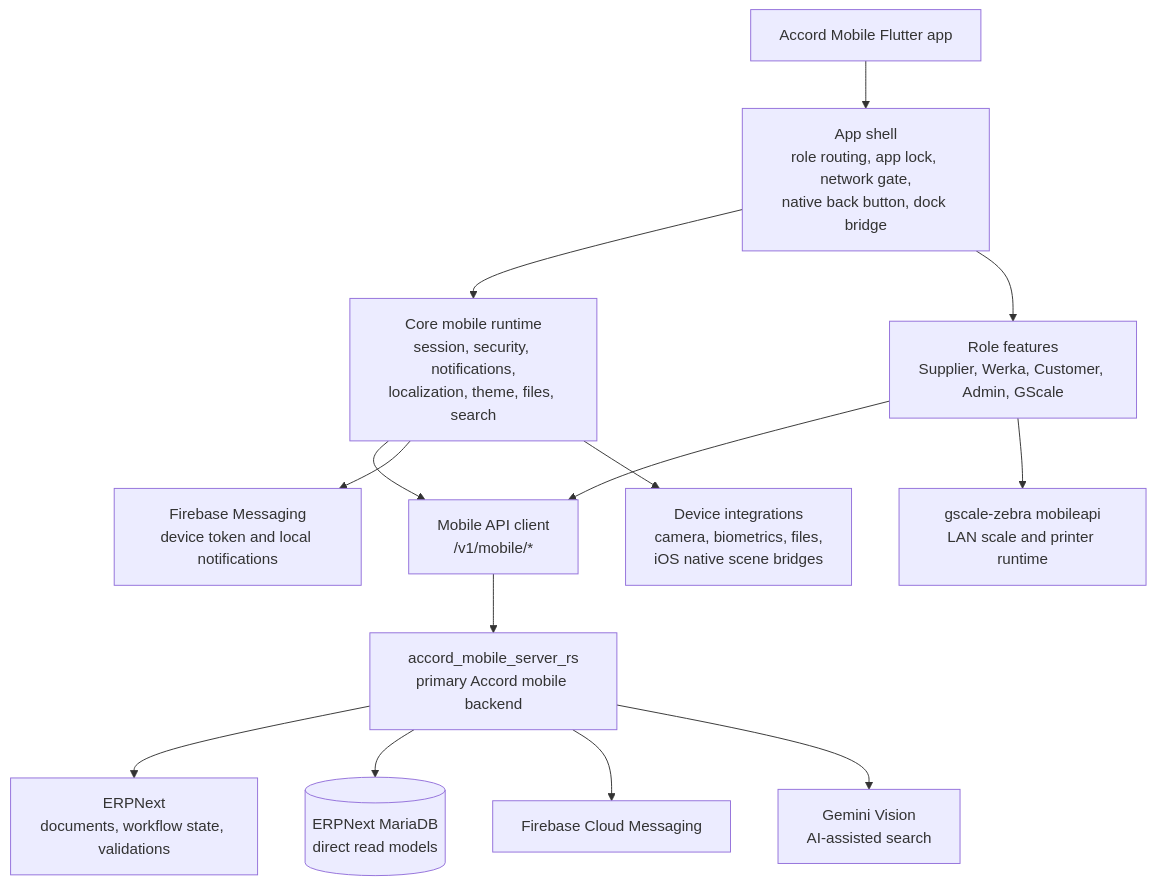
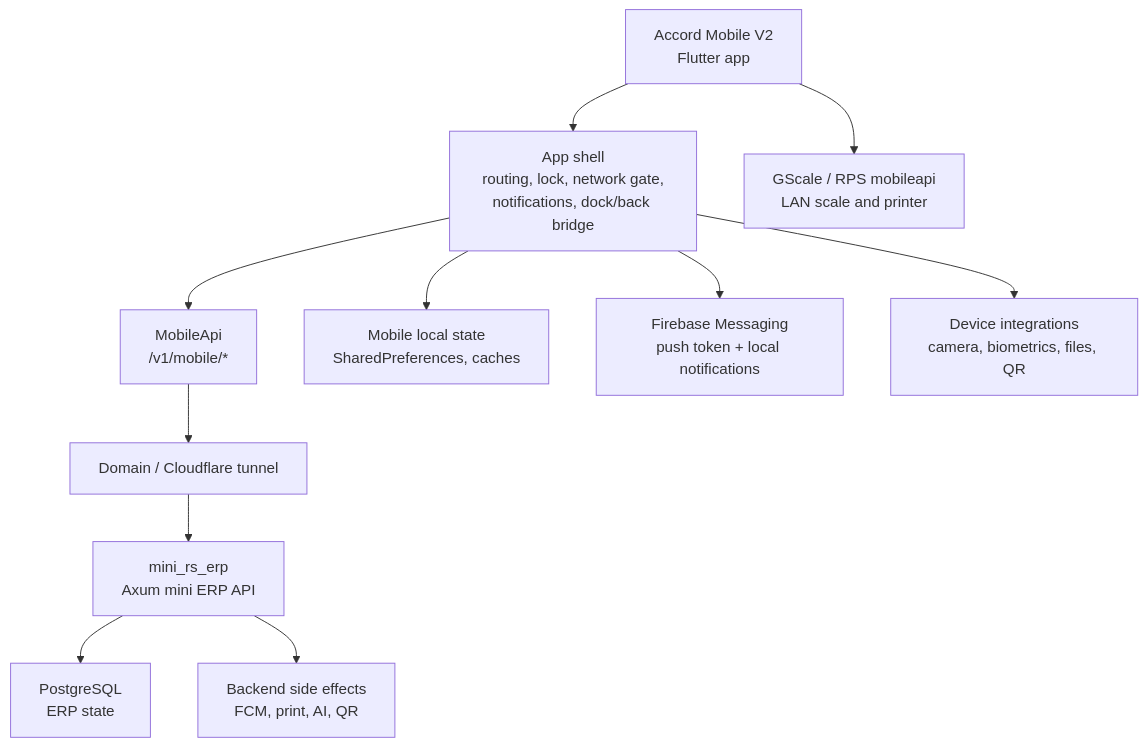
Before and after one commit to WIKKIwk/accord_mobile_v2: the diagram in README.md, drawn with Mermaid. The commit also changed other lines of this file, not shown here.

Commit message:
Expand mobile README for mini ERP architecture

````diff
--- a/README.md
+++ b/README.md
@@ -30,31 +38,25 @@
 ```mermaid
 flowchart TB
-  App[Accord Mobile Flutter app]
-  Shell[App shell<br/>role routing, app lock, network gate,<br/>native back button, dock bridge]
-  Core[Core mobile runtime<br/>session, security, notifications,<br/>localization, theme, files, search]
-  Features[Role features<br/>Supplier, Werka, Customer, Admin, GScale]
-  Api[Mobile API client<br/>/v1/mobile/*]
-  Push[Firebase Messaging<br/>device token and local notifications]
-  Native[Device integrations<br/>camera, biometrics, files,<br/>iOS native scene bridges]
+    App["Accord Mobile V2<br/>Flutter app"]
+    Shell["App shell<br/>routing, lock, network gate,<br/>notifications, dock/back bridge"]
+    Api["MobileApi<br/>/v1/mobile/*"]
+    Domain["mini_rs_erp<br/>Axum mini ERP API"]
+    DB["PostgreSQL<br/>ERP state"]
+    Local["Mobile local state<br/>SharedPreferences, caches"]
+    Push["Firebase Messaging<br/>push token + local notifications"]
+    Device["Device integrations<br/>camera, biometrics, files, QR"]
+    GScale["GScale / RPS mobileapi<br/>LAN scale and printer"]
+    DomainSide["Backend side effects<br/>FCM, print, AI, QR"]
+    Tunnel["Domain / Cloudflare tunnel"]
 
-  Backend[accord_mobile_server_rs<br/>primary Accord mobile backend]
-  ERP[ERPNext<br/>documents, workflow state, validations]
-  DB[(ERPNext MariaDB<br/>direct read models)]
-  FCM[Firebase Cloud Messaging]
-  Gemini[Gemini Vision<br/>AI-assisted search]
-  GScale[gscale-zebra mobileapi<br/>LAN scale and printer runtime]
-
-  App --> Shell
-  Shell --> Core
-  Shell --> Features
-  Features --> Api
-  Core --> Api
-  Core --> Push
-  Core --> Native
-  Api --> Backend
-  Backend --> ERP
-  Backend --> DB
-  Backend --> FCM
-  Backend --> Gemini
-  Features --> GScale
+    App --> Shell
+    Shell --> Api
+    Shell --> Local
+    Shell --> Push
+    Shell --> Device
+    Api --> Tunnel
+    Tunnel --> Domain
+    Domain --> DB
+    Domain --> DomainSide
+    App --> GScale
 ```
````
